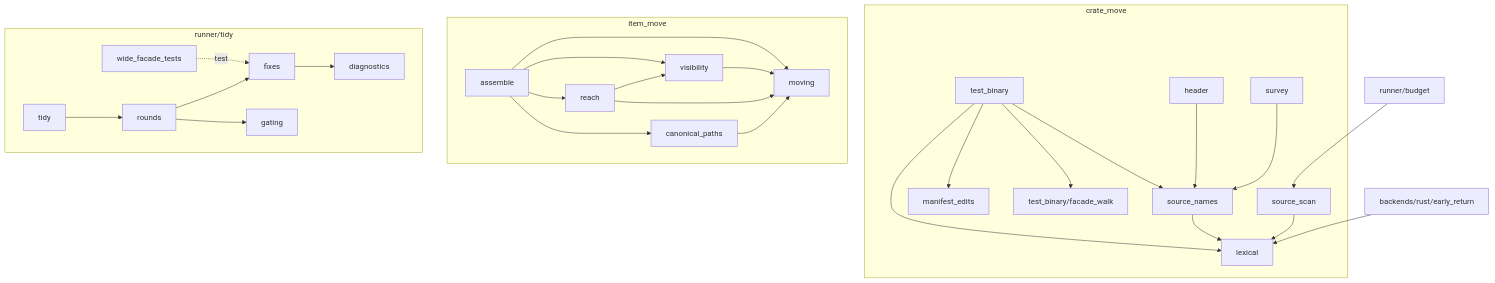
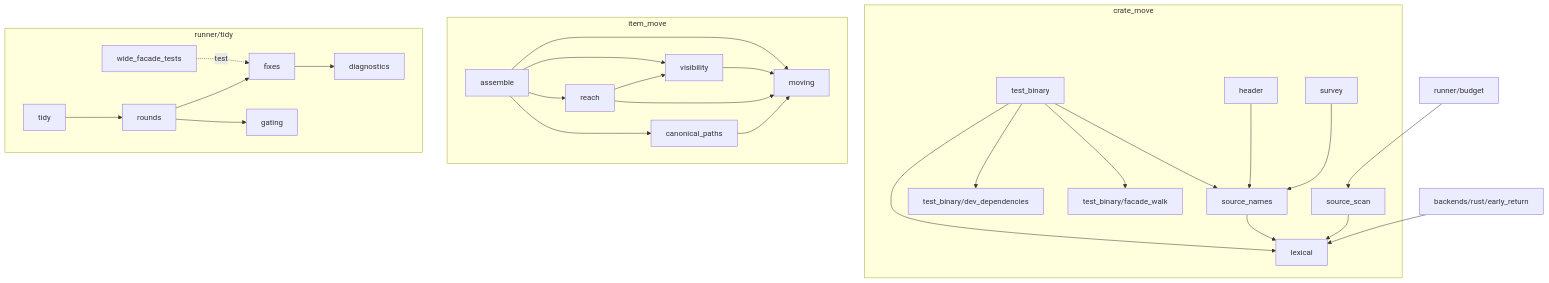
Before and after one commit to uppin/tddy-coder: the diagram in docs/dev/1-WIP/2026-10-09-reshape-oversized-files.md, drawn with Mermaid. The commit also changed other lines of this file and 19 other files, not shown here.

````diff
--- a/docs/dev/1-WIP/2026-10-09-reshape-oversized-files.md
+++ b/docs/dev/1-WIP/2026-10-09-reshape-oversized-files.md
@@ -210,33 +224,33 @@
 ```mermaid
 graph TD
   lexical[lexical]
   subgraph crate_move
     test_binary --> source_names
     test_binary --> facade_walk[test_binary/facade_walk]
-    test_binary --> manifest_edits
+    test_binary --> dev_dependencies[test_binary/dev_dependencies]
     source_names --> lexical
     test_binary --> lexical
     source_scan --> lexical
     header --> source_names
     survey --> source_names
   end
   early_return[backends/rust/early_return] --> lexical
   budget[runner/budget] --> source_scan
   subgraph item_move
     assemble --> moving
     assemble --> visibility
     visibility --> moving
     reach --> moving
     reach --> visibility
     canonical_paths --> moving
     assemble --> reach
     assemble --> canonical_paths
   end
   subgraph runner_tidy[runner/tidy]
     tidy --> rounds
     rounds --> fixes
     rounds --> gating
     fixes --> diagnostics
     wide_facade_tests -.test.-> fixes
   end
 ```
````
